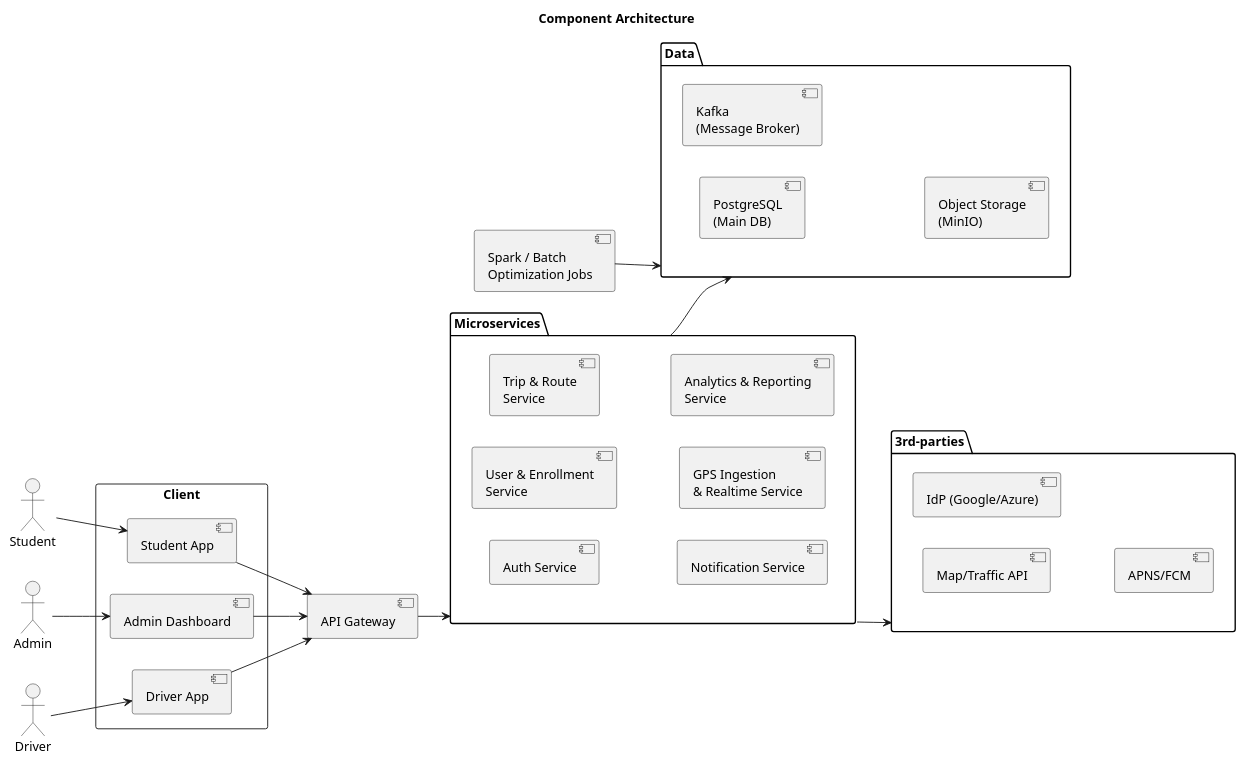
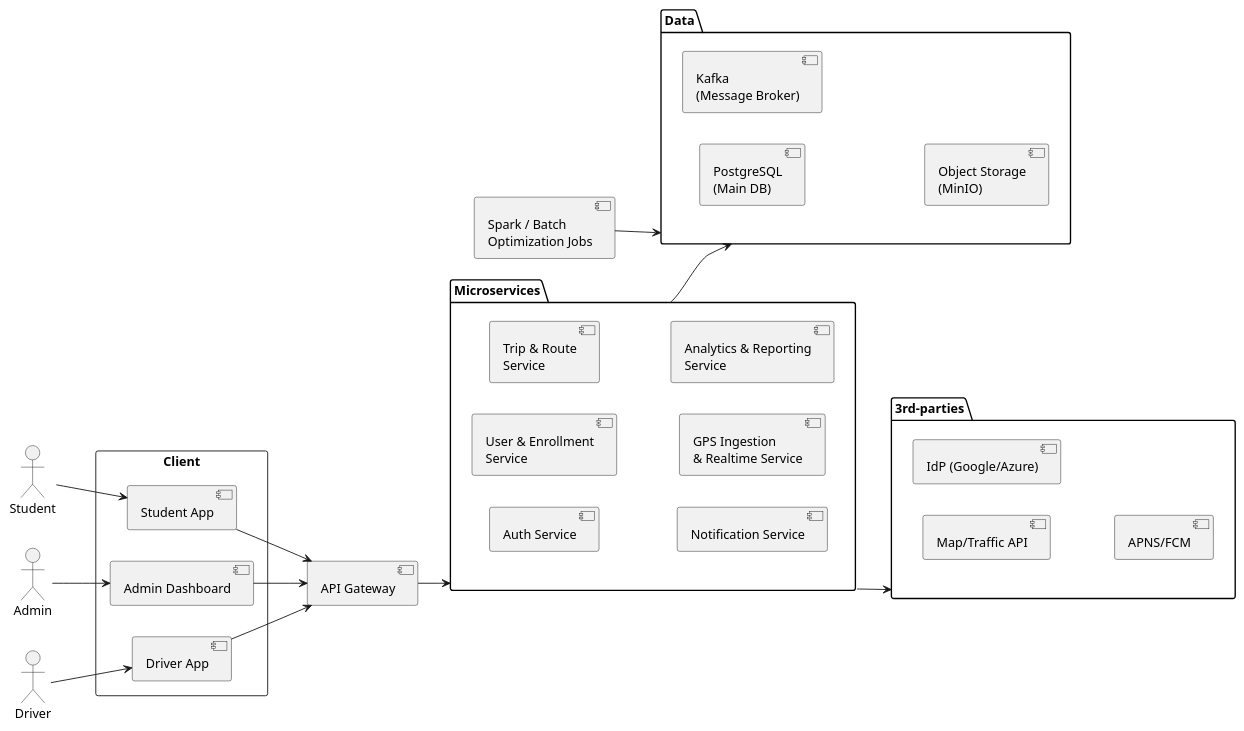
The diagram in docs/uml/component.puml (phuongbv00/hust-bus-stop), drawn with PlantUML before and after one commit. The commit also changed 5 other files, not shown here.

Commit message:
docs: update diagrams

```diff
--- a/docs/uml/component.puml
+++ b/docs/uml/component.puml
@@ -1,56 +1,54 @@
 @startuml
-title Component Architecture
-
 left to right direction
 
 actor "Student" as Student
 actor "Admin" as Admin
 actor "Driver" as Driver
 
 rectangle "Client" {
   component "Student App" as MobileStudent
   component "Driver App" as MobileDriver
   component "Admin Dashboard" as WebAdmin
 }
 
 component "API Gateway" as APIGW
 
 package "Microservices" {
   component "Auth Service" as Auth
   component "User & Enrollment\nService" as UserSvc
   component "Trip & Route\nService" as TripSvc
   component "Notification Service" as NotifSvc
   component "GPS Ingestion\n& Realtime Service" as GPSSvc
   component "Analytics & Reporting\nService" as AnalyticsSvc
 }
 
 component "Spark / Batch\nOptimization Jobs" as Spark
 
 package "Data" {
   component "PostgreSQL\n(Main DB)" as DB
   component "Kafka\n(Message Broker)" as Kafka
   component "Object Storage\n(MinIO)" as S3
 }
 
 package "3rd-parties" {
   component "Map/Traffic API" as MapAPI
   component "IdP (Google/Azure)" as IdP
   component "APNS/FCM" as Push
 }
 
 Student --> MobileStudent
 Driver --> MobileDriver
 Admin --> WebAdmin
 
 MobileStudent --> APIGW
 MobileDriver --> APIGW
 WebAdmin --> APIGW
 
 APIGW --> Microservices
 
 Spark --> Data
 Microservices --> Data
 Microservices --> "3rd-parties"
 
 
 @enduml
```
